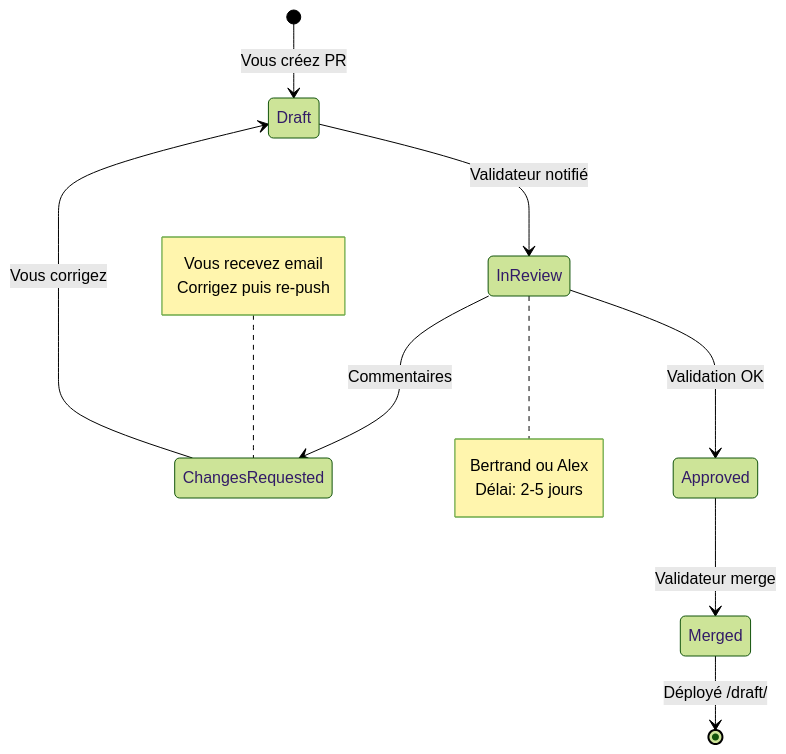
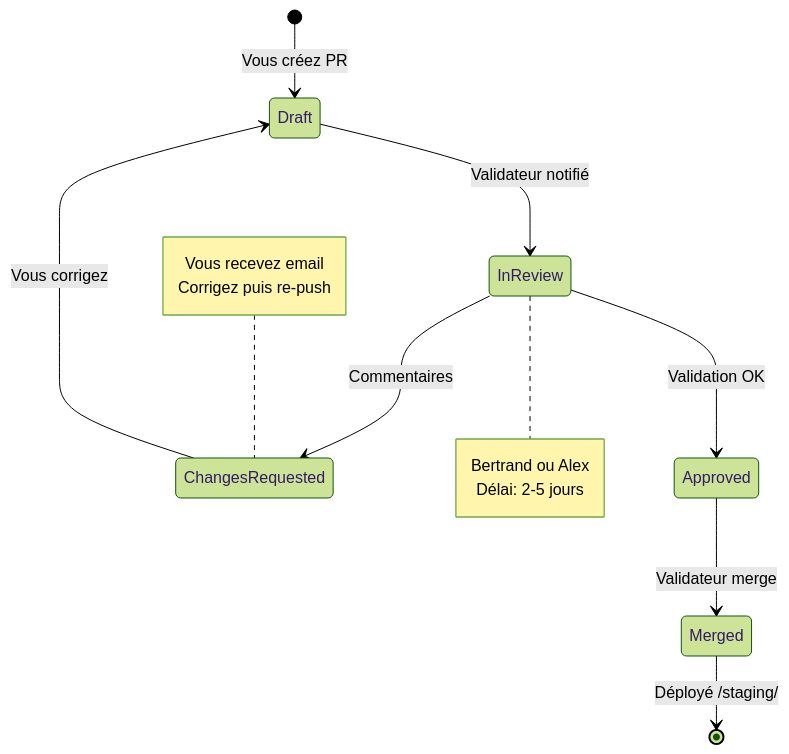
The fourth of 7 diagrams in docs/onboarding-visual.md (Alexmacapple/span-sg), drawn with Mermaid (forest theme) before and after one commit. The commit also changed other lines of this file and 12 other files, not shown here.

First line of the commit message:
docs: renommer toutes références /draft/ vers /staging/

````diff
--- a/docs/onboarding-visual.md
+++ b/docs/onboarding-visual.md
@@ -141,20 +141,20 @@
 ```mermaid
 stateDiagram-v2
     [*] --> Draft: Vous créez PR
     Draft --> InReview: Validateur notifié
     InReview --> ChangesRequested: Commentaires
     InReview --> Approved: Validation OK
     ChangesRequested --> Draft: Vous corrigez
     Approved --> Merged: Validateur merge
-    Merged --> [*]: Déployé /draft/
+    Merged --> [*]: Déployé /staging/
 
     note right of InReview
         Bertrand ou Alex
         Délai: 2-5 jours
     end note
 
     note left of ChangesRequested
         Vous recevez email
         Corrigez puis re-push
     end note
 ```
````
